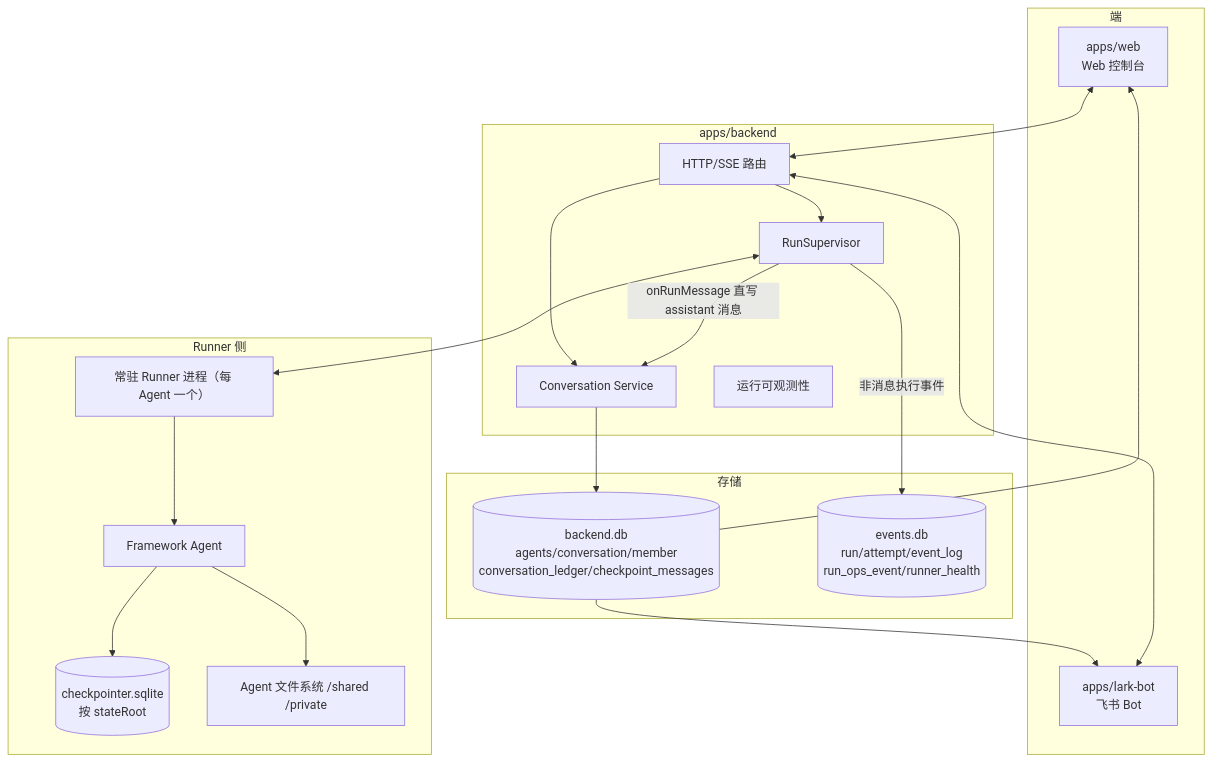
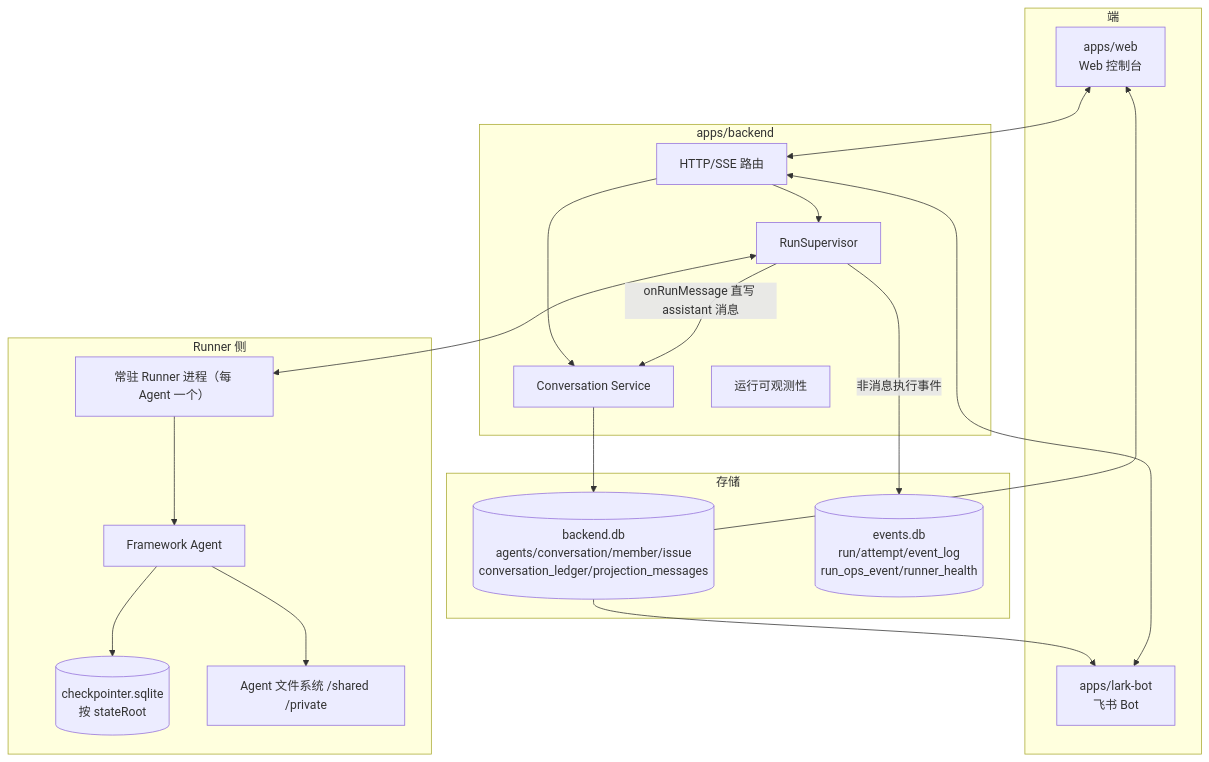
Before and after one commit to Chengchcc/my-agent-team: the first of 2 diagrams in docs/architecture/system-overview.md, drawn with Mermaid. The commit also changed other lines of this file and 8 other files, not shown here.

````diff
--- a/docs/architecture/system-overview.md
+++ b/docs/architecture/system-overview.md
@@ -31,40 +31,40 @@
 ```mermaid
 flowchart TB
   subgraph Surfaces[端]
     Web[apps/web\nWeb 控制台]
     Lark[apps/lark-bot\n飞书 Bot]
   end
 
   subgraph Backend[apps/backend]
     API[HTTP/SSE 路由]
     Conv[Conversation Service]
     Sup[RunSupervisor]
     Ops[运行可观测性]
   end
 
   subgraph Storage[存储]
-    BDB[(backend.db\nagents/conversation/member\nconversation_ledger/checkpoint_messages)]
+    BDB[(backend.db\nagents/conversation/member/issue\nconversation_ledger/projection_messages)]
     EDB[(events.db\nrun/attempt/event_log\nrun_ops_event/runner_health)]
   end
 
   subgraph Runner[Runner 侧]
     Daemon[常驻 Runner 进程（每 Agent 一个）]
     Agent[Framework Agent]
     CKPT[(checkpointer.sqlite\n按 stateRoot)]
     AFS[Agent 文件系统 /shared /private]
   end
 
   Web <--> API
   Lark <--> API
   API --> Conv
   API --> Sup
   Conv --> BDB
   Sup -->|onRunMessage 直写 assistant 消息| Conv
   Sup -->|非消息执行事件| EDB
   Sup <--> Daemon
   Daemon --> Agent
   Agent --> CKPT
   Agent --> AFS
   BDB --> Web
   BDB --> Lark
 ```
````
